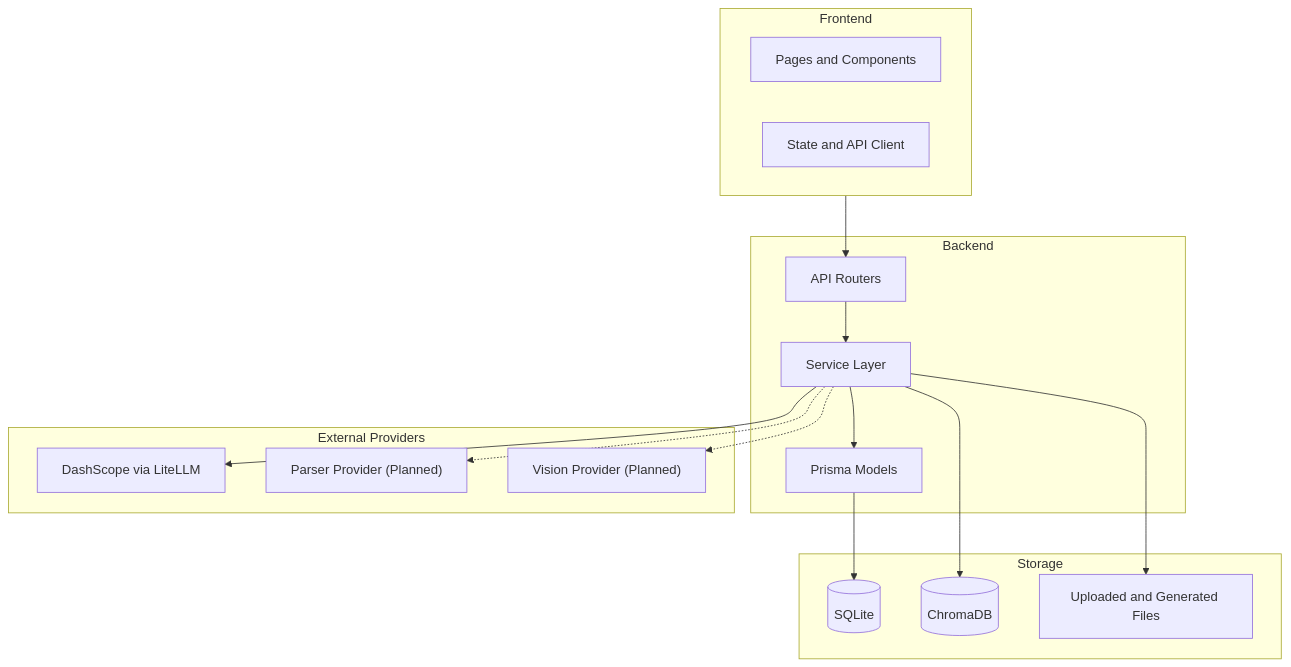
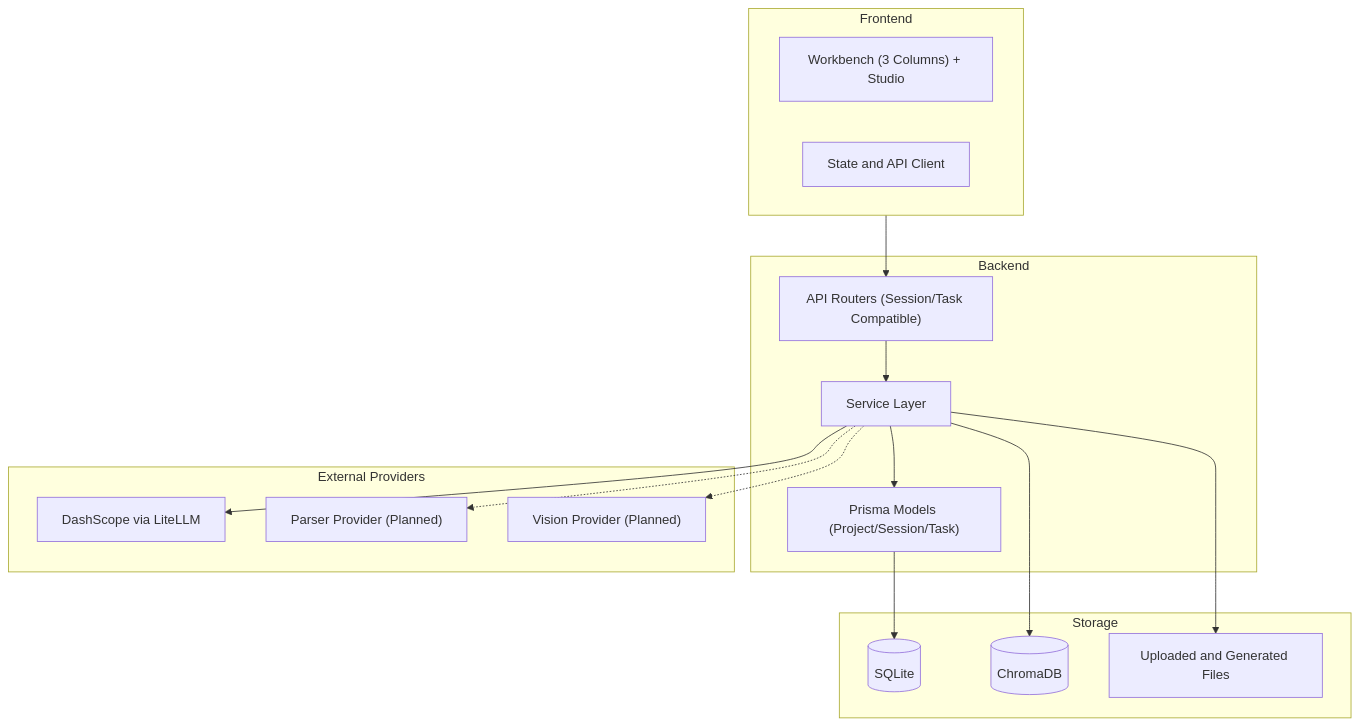
The diagram in docs/architecture/system/overview.md (ln-one/Spectra), drawn with Mermaid before and after one commit. The commit also changed other lines of this file and 14 other files, not shown here.

````diff
--- a/docs/architecture/system/overview.md
+++ b/docs/architecture/system/overview.md
@@ -11,35 +11,35 @@
 ```mermaid
 flowchart TB
  subgraph FE["Frontend"]
- FEPages["Pages and Components"]
+ FEPages["Workbench (3 Columns) + Studio"]
  FEState["State and API Client"]
  end
 
  subgraph BE["Backend"]
- BERouter["API Routers"]
+ BERouter["API Routers (Session/Task Compatible)"]
  BEService["Service Layer"]
- BEModel["Prisma Models"]
+ BEModel["Prisma Models (Project/Session/Task)"]
  end
 
  subgraph Store["Storage"]
  DB[("SQLite")]
  VDB[("ChromaDB")]
  FS["Uploaded and Generated Files"]
  end
 
  subgraph Ext["External Providers"]
  LLM["DashScope via LiteLLM"]
  Parser["Parser Provider (Planned)"]
  Vision["Vision Provider (Planned)"]
  end
 
  FE --> BERouter
  BERouter --> BEService
  BEService --> BEModel
  BEModel --> DB
  BEService --> VDB
  BEService --> FS
  BEService --> LLM
  BEService -.-> Parser
  BEService -.-> Vision
 ```
````
